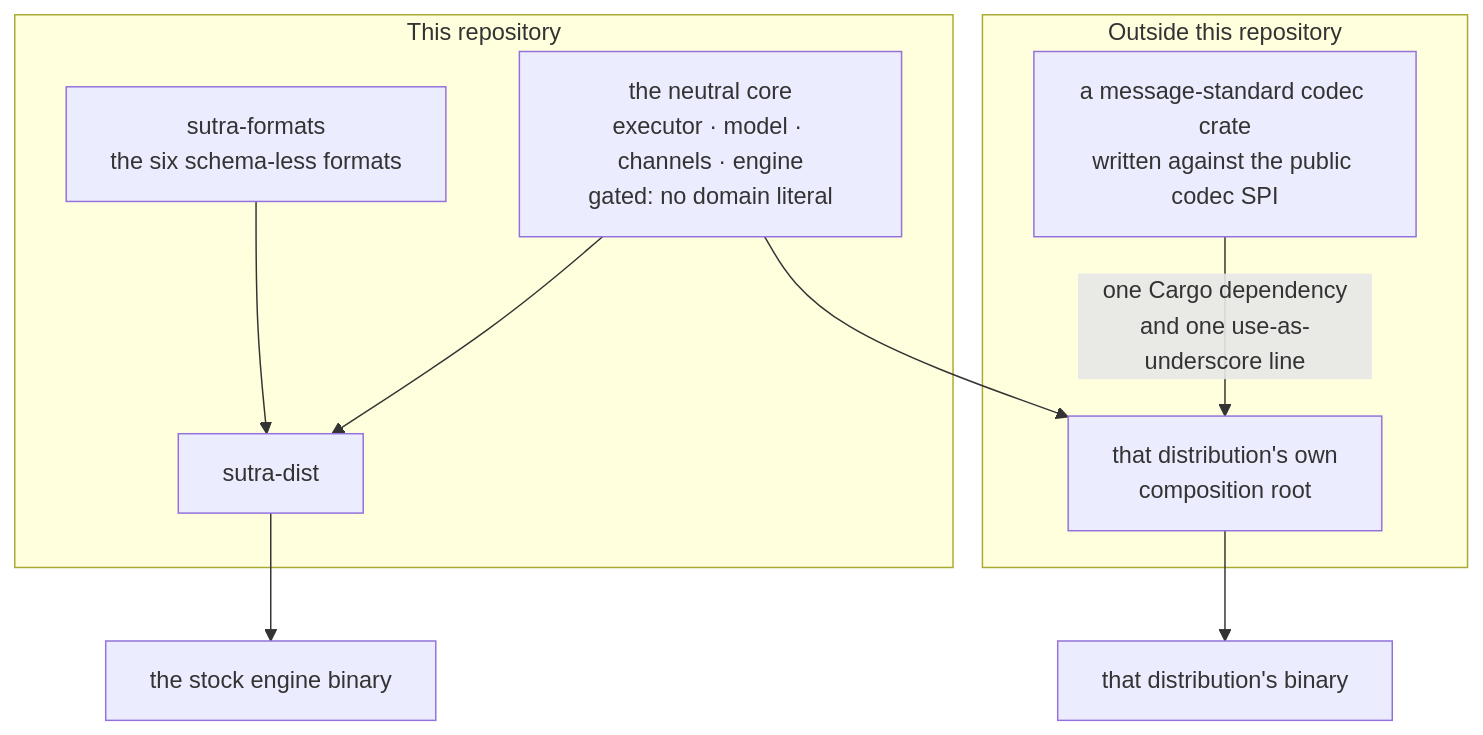
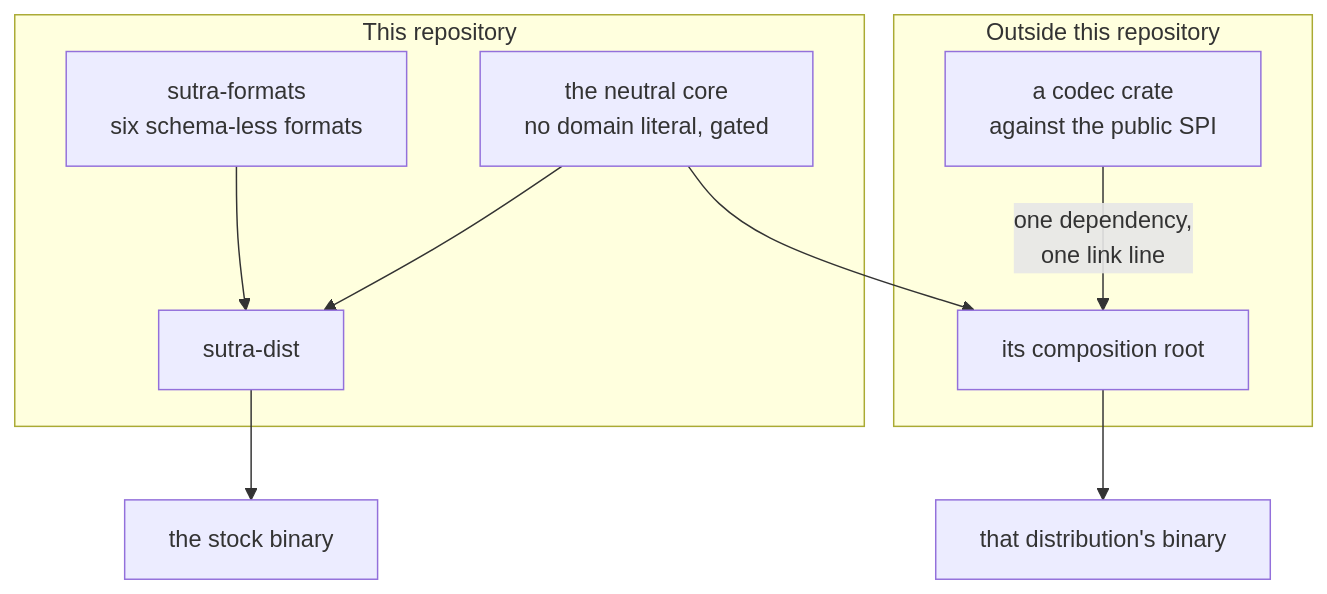
The first of 2 diagrams in docs/src/architecture/neutrality-and-spi.md (startr-trade/sutra), drawn with Mermaid before and after one commit. The commit also changed 18 other files, not shown here.

Commit message:
(docs) Update to the documentation diagrams

````diff
--- a/docs/src/architecture/neutrality-and-spi.md
+++ b/docs/src/architecture/neutrality-and-spi.md
@@ -63,18 +63,20 @@
 ```mermaid
 flowchart TD
     subgraph here["This repository"]
-        CORE["the neutral core<br/>executor · model · channels · engine<br/>gated: no domain literal"]
-        FMT["sutra-formats<br/>the six schema-less formats"]
+        CORE["the neutral core<br/>no domain literal, gated"]
+        FMT["sutra-formats<br/>six schema-less formats"]
         DIST["sutra-dist"]
     end
+
     subgraph out["Outside this repository"]
-        STD["a message-standard codec crate<br/>written against the public codec SPI"]
-        OWN["that distribution's own<br/>composition root"]
+        STD["a codec crate<br/>against the public SPI"]
+        OWN["its composition root"]
     end
+
     CORE --> DIST
     FMT --> DIST
-    DIST --> B1["the stock engine binary"]
+    DIST --> B1["the stock binary"]
     CORE --> OWN
-    STD -->|"one Cargo dependency<br/>and one use-as-underscore line"| OWN
+    STD -->|"one dependency,<br/>one link line"| OWN
     OWN --> B2["that distribution's binary"]
 ```
````
